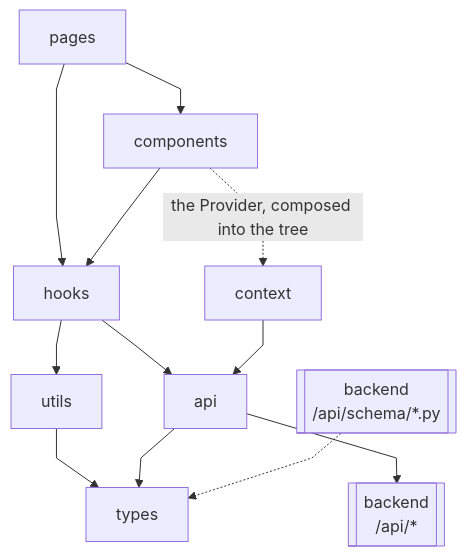
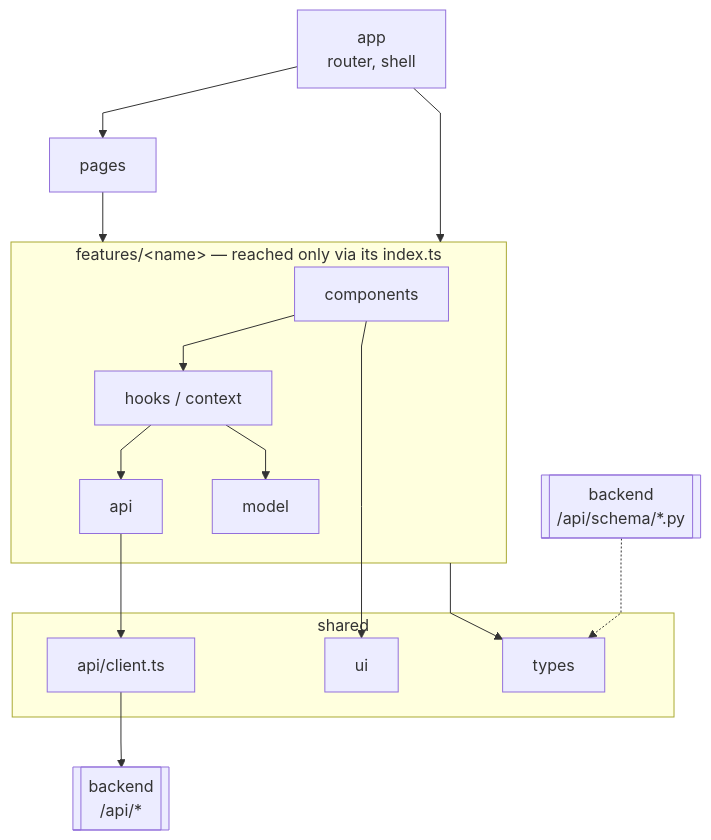
Before and after one commit to hadifar/rag: the third of 4 diagrams in docs/architecture.md, drawn with Mermaid. The commit also changed other lines of this file and 119 other files, not shown here.

````diff
--- a/docs/architecture.md
+++ b/docs/architecture.md
@@ -75,29 +79,35 @@
 ```mermaid
 ---
 config:
   flowchart:
     curve: linear
 ---
 graph TD
+    app["app<br/>router, shell"]
     pages[pages]
-    components[components]
-    hooks[hooks]
-    context[context]
-    api[api]
-    types[types]
-    utils[utils]
+    subgraph feature["features/&lt;name&gt; — reached only via its index.ts"]
+        components[components]
+        hooks[hooks / context]
+        model[model]
+        fapi[api]
+    end
+    subgraph shared[shared]
+        ui[ui]
+        client[api/client.ts]
+        types[types]
+    end
     backend[["backend<br/>/api/*"]]
     schema[["backend<br/>/api/schema/*.py"]]
 
-    pages --> components
-    pages --> hooks
+    app --> pages
+    app --> feature
+    pages --> feature
     components --> hooks
-    components -.->|the Provider, composed into the tree| context
-    hooks --> api
-    context --> api
-    hooks --> utils
-    utils --> types
-    api --> types
-    api --> backend
+    components --> ui
+    hooks --> fapi
+    hooks --> model
+    fapi --> client
+    client --> backend
+    feature --> types
     schema -.-> types
 ```
````
